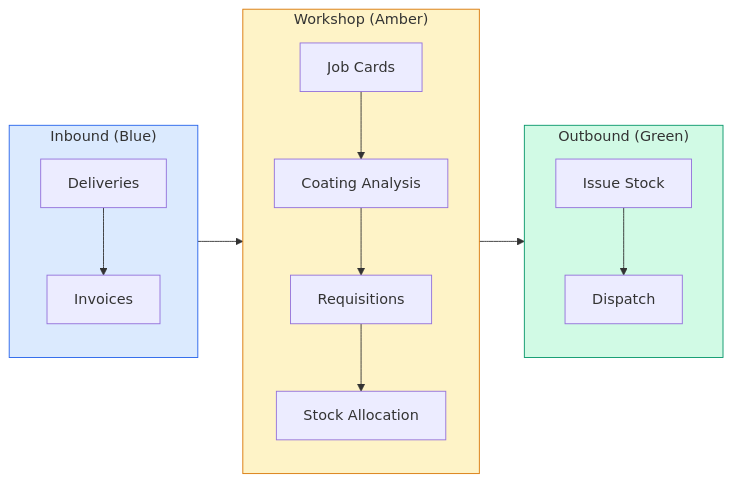
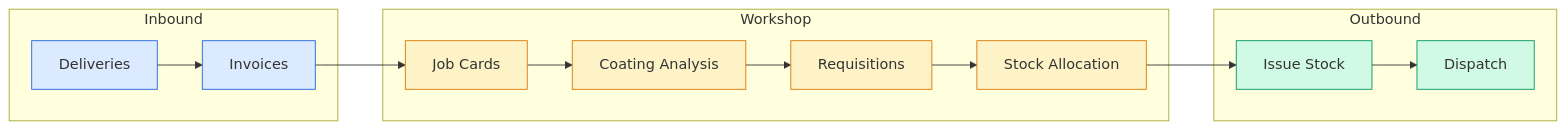
One commit to AnnixInvestments/annix changed the ninth of 12 diagrams in annix-backend/docs/stock-control/SYSTEM-OVERVIEW.md. Above: the diagram before and after it, drawn with Mermaid. The commit also changed other lines of this file and 2 other files, not shown here.

First line of the commit message:
fix(secure-documents): fix mermaid rendering in viewer and editor

````diff
--- a/annix-backend/docs/stock-control/SYSTEM-OVERVIEW.md
+++ b/annix-backend/docs/stock-control/SYSTEM-OVERVIEW.md
@@ -314,21 +314,26 @@
 ```mermaid
 graph LR
-    subgraph Inbound["Inbound (Blue)"]
+    subgraph Inbound
         D[Deliveries] --> I[Invoices]
     end
-    subgraph Workshop["Workshop (Amber)"]
+    subgraph Workshop
         JC[Job Cards] --> CA[Coating Analysis]
         CA --> R[Requisitions]
         R --> SA[Stock Allocation]
     end
-    subgraph Outbound["Outbound (Green)"]
+    subgraph Outbound
         IS[Issue Stock] --> Disp[Dispatch]
     end
 
-    Inbound --> Workshop
-    Workshop --> Outbound
+    I --> JC
+    SA --> IS
 
-    style Inbound fill:#dbeafe,stroke:#2563eb
-    style Workshop fill:#fef3c7,stroke:#d97706
-    style Outbound fill:#d1fae5,stroke:#059669
+    style D fill:#dbeafe,stroke:#2563eb
+    style I fill:#dbeafe,stroke:#2563eb
+    style JC fill:#fef3c7,stroke:#d97706
+    style CA fill:#fef3c7,stroke:#d97706
+    style R fill:#fef3c7,stroke:#d97706
+    style SA fill:#fef3c7,stroke:#d97706
+    style IS fill:#d1fae5,stroke:#059669
+    style Disp fill:#d1fae5,stroke:#059669
 ```
````
